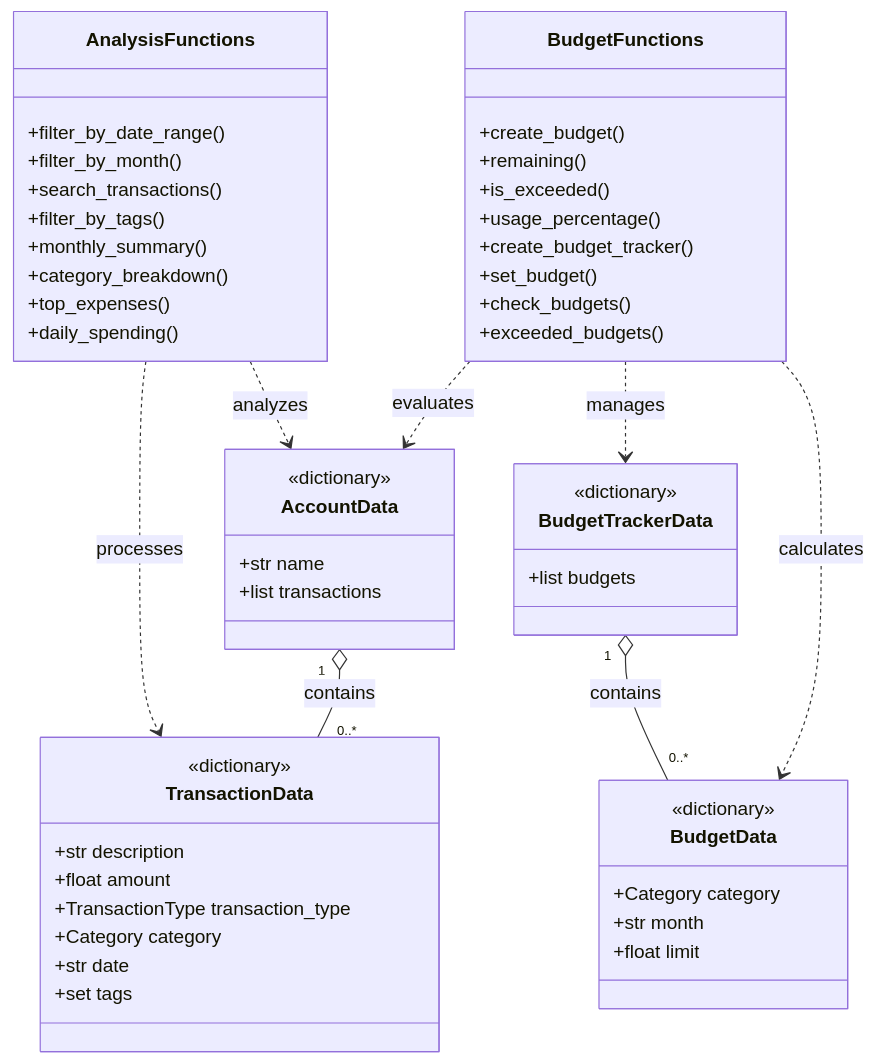
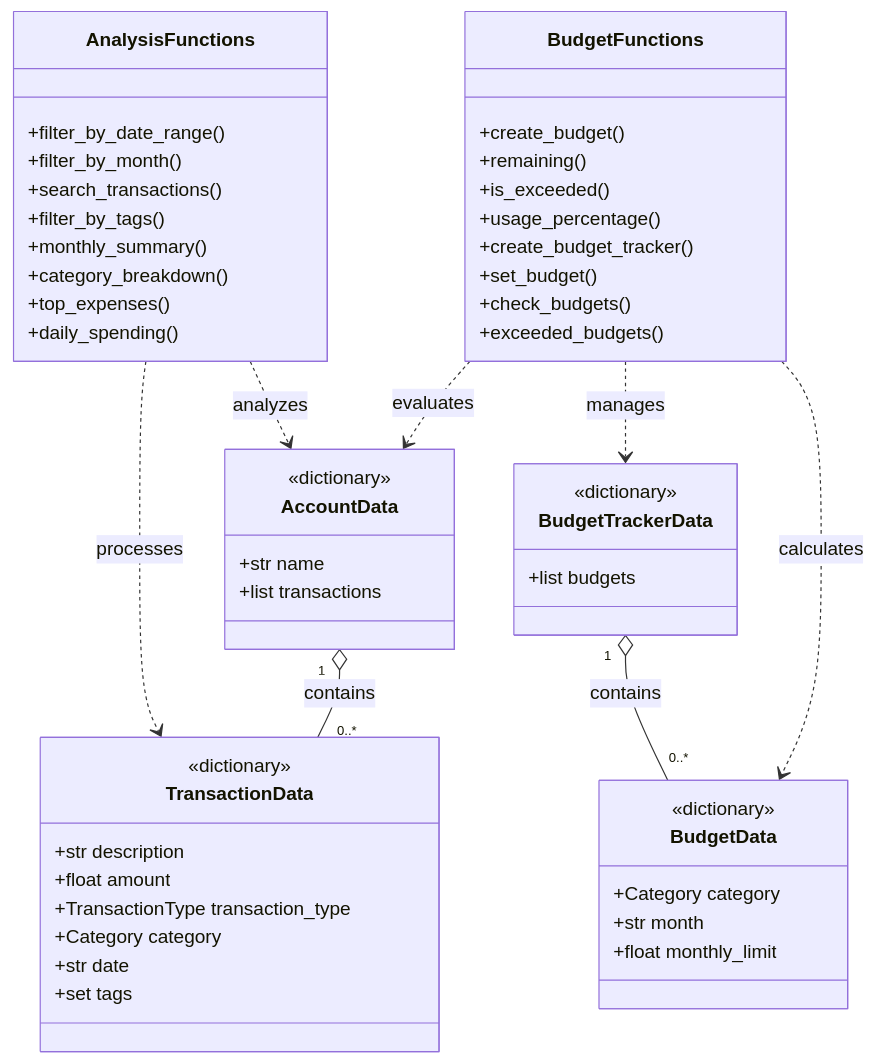
One commit to degenhardtmuc-ui/personal_finance_tracker changed the second of 7 diagrams in README.md. Above: the diagram before and after it, drawn with Mermaid. The commit also changed other lines of this file, not shown here.

````diff
--- a/README.md
+++ b/README.md
@@ -208,62 +239,62 @@
 ```mermaid
 classDiagram
     direction TB
 
     class AccountData {
         <<dictionary>>
         +str name
         +list transactions
     }
 
     class TransactionData {
         <<dictionary>>
         +str description
         +float amount
         +TransactionType transaction_type
         +Category category
         +str date
         +set tags
     }
 
     class AnalysisFunctions {
         +filter_by_date_range()
         +filter_by_month()
         +search_transactions()
         +filter_by_tags()
         +monthly_summary()
         +category_breakdown()
         +top_expenses()
         +daily_spending()
     }
 
     class BudgetData {
         <<dictionary>>
         +Category category
         +str month
-        +float limit
+        +float monthly_limit
     }
 
     class BudgetTrackerData {
         <<dictionary>>
         +list budgets
     }
 
     class BudgetFunctions {
         +create_budget()
         +remaining()
         +is_exceeded()
         +usage_percentage()
         +create_budget_tracker()
         +set_budget()
         +check_budgets()
         +exceeded_budgets()
     }
 
     AccountData "1" o-- "0..*" TransactionData : contains
     AnalysisFunctions ..> AccountData : analyzes
     AnalysisFunctions ..> TransactionData : processes
     BudgetTrackerData "1" o-- "0..*" BudgetData : contains
     BudgetFunctions ..> BudgetData : calculates
     BudgetFunctions ..> BudgetTrackerData : manages
     BudgetFunctions ..> AccountData : evaluates
 ```
````
